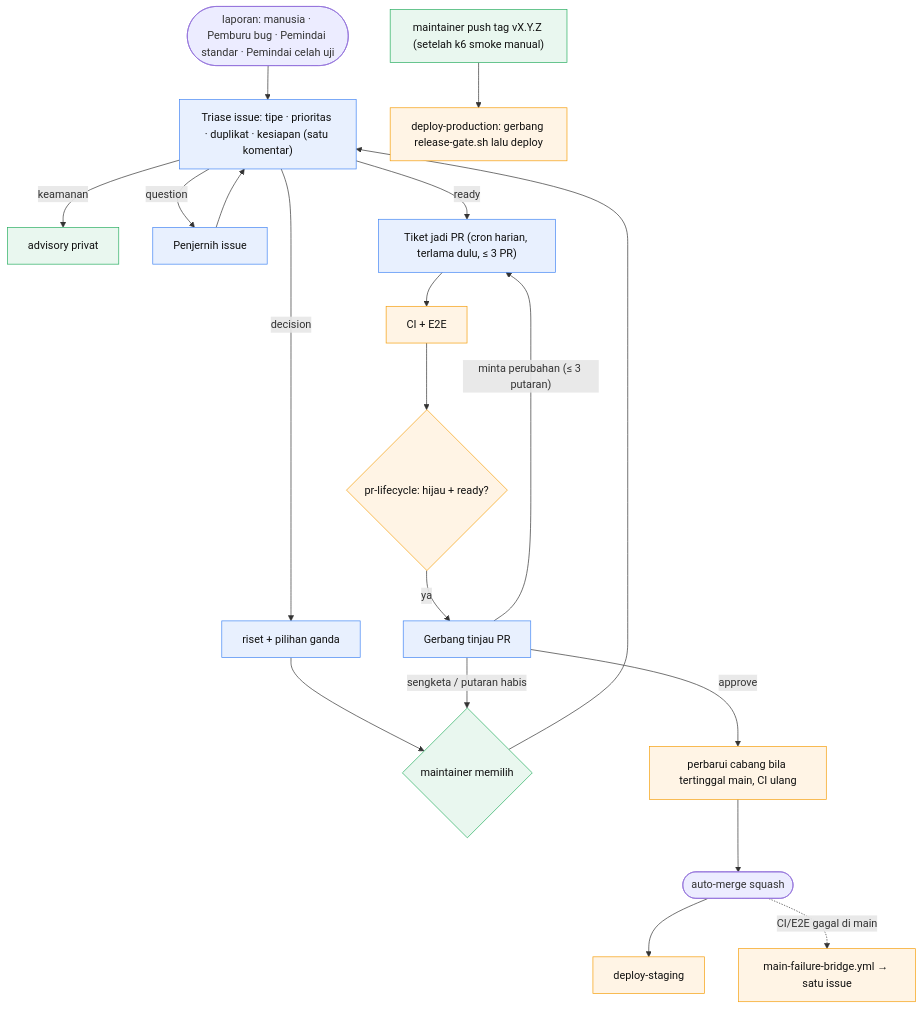
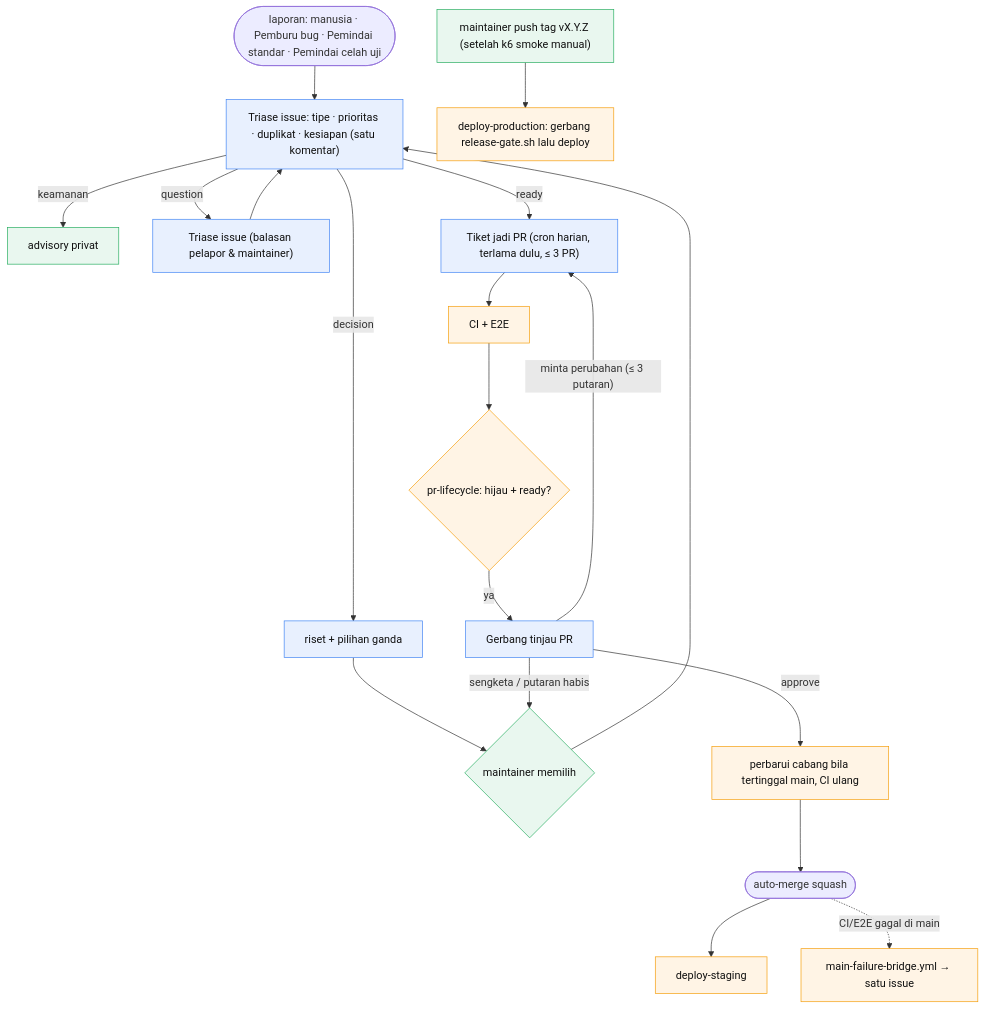
Before and after one commit to cipansor/cipansor: the first of 6 diagrams in docs/SDLC-FLOW.md, drawn with Mermaid. The commit also changed other lines of this file and 7 other files, not shown here.

````diff
--- a/docs/SDLC-FLOW.md
+++ b/docs/SDLC-FLOW.md
@@ -193,20 +193,20 @@
 ```mermaid
 flowchart TD
   classDef cloud fill:#e8f0fe,stroke:#4285f4,color:#111;
   classDef gh fill:#fff4e5,stroke:#f59e0b,color:#111;
   classDef human fill:#e9f7ef,stroke:#27ae60,color:#111;
 
   IN(["laporan: manusia · Pemburu bug · Pemindai standar · Pemindai celah uji"]) --> TR["Triase issue: tipe · prioritas · duplikat · kesiapan (satu komentar)"]:::cloud
   TR -- keamanan --> ADV["advisory privat"]:::human
-  TR -- question --> CL["Penjernih issue"]:::cloud --> TR
+  TR -- question --> CL["Triase issue (balasan pelapor & maintainer)"]:::cloud --> TR
   TR -- decision --> DEC["riset + pilihan ganda"]:::cloud --> MD{"maintainer memilih"}:::human --> TR
   TR -- ready --> IMP["Tiket jadi PR (cron harian, terlama dulu, ≤ 3 PR)"]:::cloud
   IMP --> CI["CI + E2E"]:::gh --> LC{"pr-lifecycle: hijau + ready?"}:::gh
   LC -- ya --> GT["Gerbang tinjau PR"]:::cloud
   GT -- "minta perubahan (≤ 3 putaran)" --> IMP
   GT -- "sengketa / putaran habis" --> MD
   GT -- approve --> UPD["perbarui cabang bila tertinggal main, CI ulang"]:::gh --> MG(["auto-merge squash"])
   MG --> STG["deploy-staging"]:::gh
   MG -. "CI/E2E gagal di main" .-> BR["main-failure-bridge.yml → satu issue"]:::gh
   REL["maintainer push tag vX.Y.Z (setelah k6 smoke manual)"]:::human --> PRD["deploy-production: gerbang release-gate.sh lalu deploy"]:::gh
 ```
````
